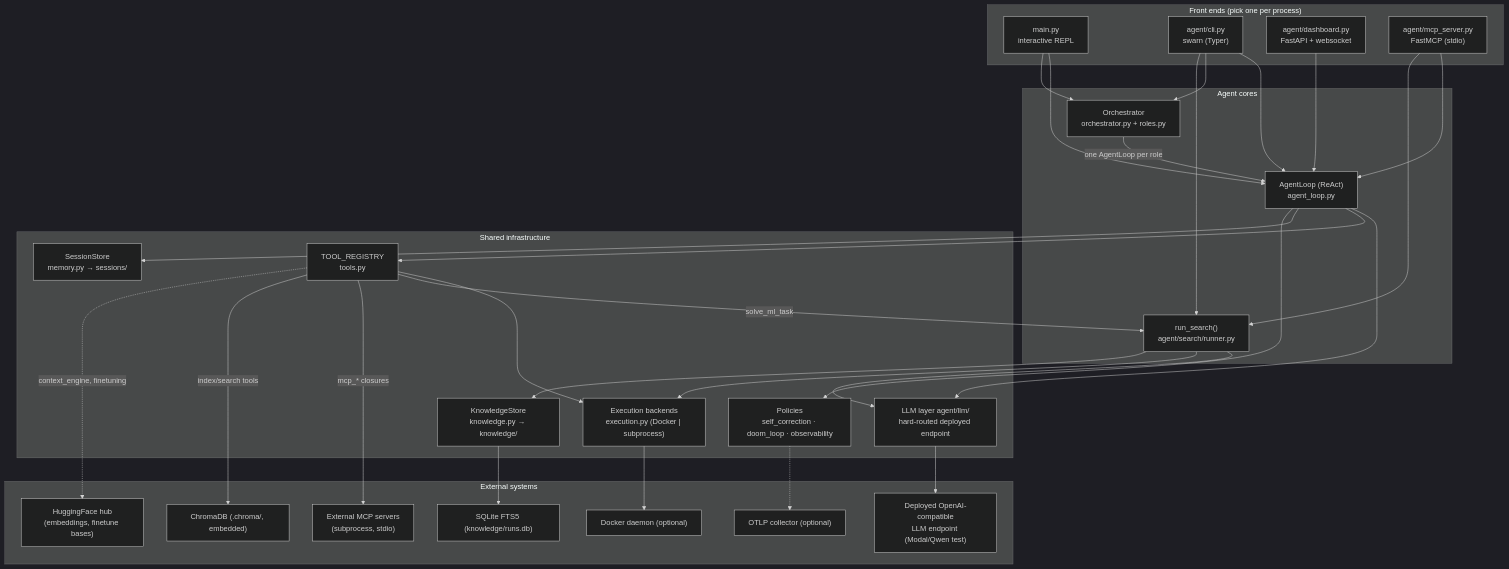
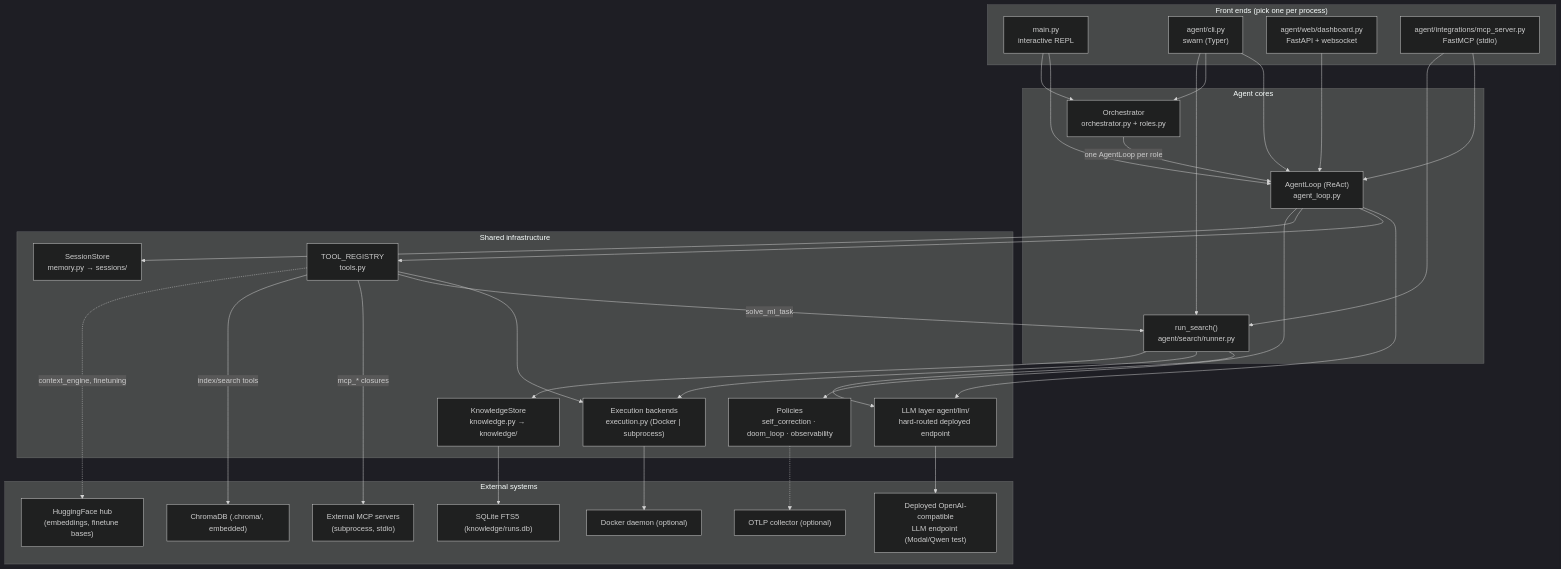
One commit to hypernullvoid-spec/agent2 changed the diagram in docs/LLD/02_System_Architecture.md. Above: the diagram before and after it, drawn with Mermaid (dark theme). The commit also changed 60 other files, not shown here.

````diff
--- a/docs/LLD/02_System_Architecture.md
+++ b/docs/LLD/02_System_Architecture.md
@@ -9,51 +9,51 @@
 ```mermaid
 graph TB
     subgraph FrontEnds["Front ends (pick one per process)"]
         REPL["main.py<br/>interactive REPL"]
         CLI["agent/cli.py<br/>swarn (Typer)"]
-        WEB["agent/dashboard.py<br/>FastAPI + websocket"]
-        MCPSRV["agent/mcp_server.py<br/>FastMCP (stdio)"]
+        WEB["agent/web/dashboard.py<br/>FastAPI + websocket"]
+        MCPSRV["agent/integrations/mcp_server.py<br/>FastMCP (stdio)"]
     end
 
     subgraph Cores["Agent cores"]
         REACT["AgentLoop (ReAct)<br/>agent_loop.py"]
         TEAM["Orchestrator<br/>orchestrator.py + roles.py"]
         TREE["run_search()<br/>agent/search/runner.py"]
     end
 
     subgraph Shared["Shared infrastructure"]
         LLML["LLM layer agent/llm/<br/>hard-routed deployed endpoint"]
         REG["TOOL_REGISTRY<br/>tools.py"]
         EXECB["Execution backends<br/>execution.py (Docker | subprocess)"]
         SESS["SessionStore<br/>memory.py → sessions/"]
         KNOWS["KnowledgeStore<br/>knowledge.py → knowledge/"]
         POLS["Policies<br/>self_correction · doom_loop · observability"]
     end
 
     subgraph External["External systems"]
         EP["Deployed OpenAI-compatible<br/>LLM endpoint (Modal/Qwen test)"]
         DOCKER["Docker daemon (optional)"]
         CHROMA["ChromaDB (.chroma/, embedded)"]
         SQLITE["SQLite FTS5 (knowledge/runs.db)"]
         MCPEXT["External MCP servers<br/>(subprocess, stdio)"]
         OTEL["OTLP collector (optional)"]
         HF["HuggingFace hub<br/>(embeddings, finetune bases)"]
     end
 
     REPL --> REACT & TEAM
     CLI --> REACT & TEAM & TREE
     WEB --> REACT
     MCPSRV --> REACT & TREE
     TEAM -->|"one AgentLoop per role"| REACT
     REACT --> LLML & REG & SESS & POLS
     TREE --> LLML & EXECB & KNOWS
     REG --> EXECB
     REG -->|solve_ml_task| TREE
     REG -->|mcp_* closures| MCPEXT
     LLML --> EP
     EXECB --> DOCKER
     REG -->|index/search tools| CHROMA
     KNOWS --> SQLITE
     POLS -.-> OTEL
     REG -.->|context_engine, finetuning| HF
 ```
````
